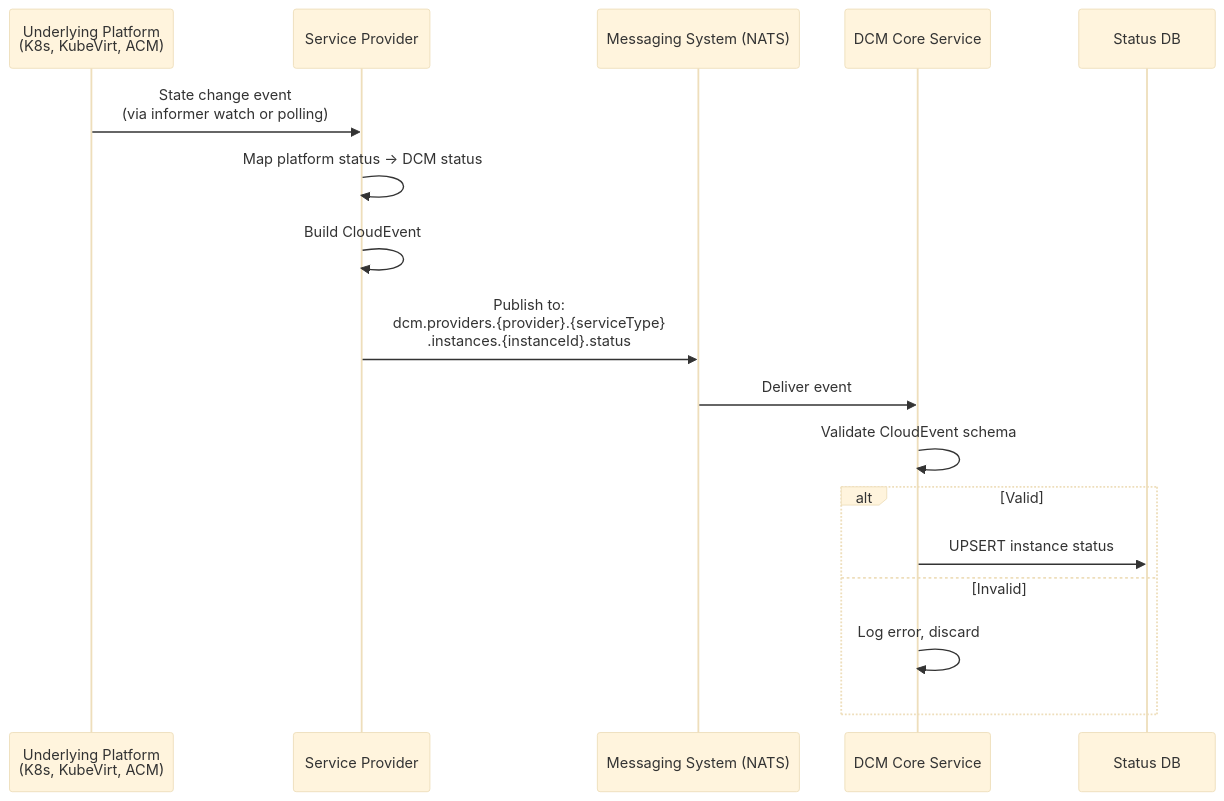
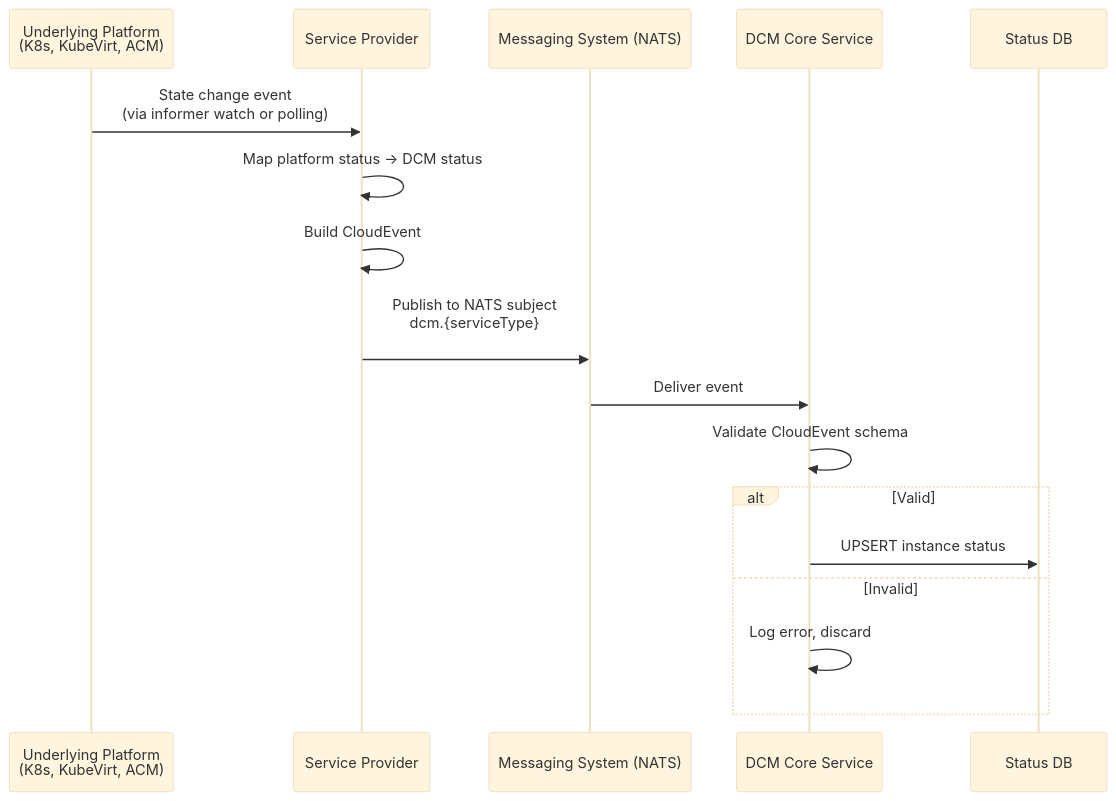
The tenth of 19 diagrams in enhancements/user-flows/user-flows.md (dcm-project/enhancements), drawn with Mermaid (base theme) before and after one commit. The commit also changed other lines of this file and 5 other files, not shown here.

````diff
--- a/enhancements/user-flows/user-flows.md
+++ b/enhancements/user-flows/user-flows.md
@@ -524,21 +563,21 @@
 ```mermaid
 sequenceDiagram
     participant Platform as Underlying Platform<br/>(K8s, KubeVirt, ACM)
     participant SP as Service Provider
     participant MSG as Messaging System (NATS)
     participant DCM as DCM Core Service
     participant DB as Status DB
 
     Platform->>SP: State change event<br/>(via informer watch or polling)
     SP->>SP: Map platform status → DCM status
     SP->>SP: Build CloudEvent
-    SP->>MSG: Publish to:<br/>dcm.providers.{provider}.{serviceType}<br/>.instances.{instanceId}.status
+    SP->>MSG: Publish to NATS subject<br/>dcm.{serviceType}<br/>
 
     MSG->>DCM: Deliver event
     DCM->>DCM: Validate CloudEvent schema
     alt Valid
         DCM->>DB: UPSERT instance status
     else Invalid
         DCM->>DCM: Log error, discard
     end
 ```
````
